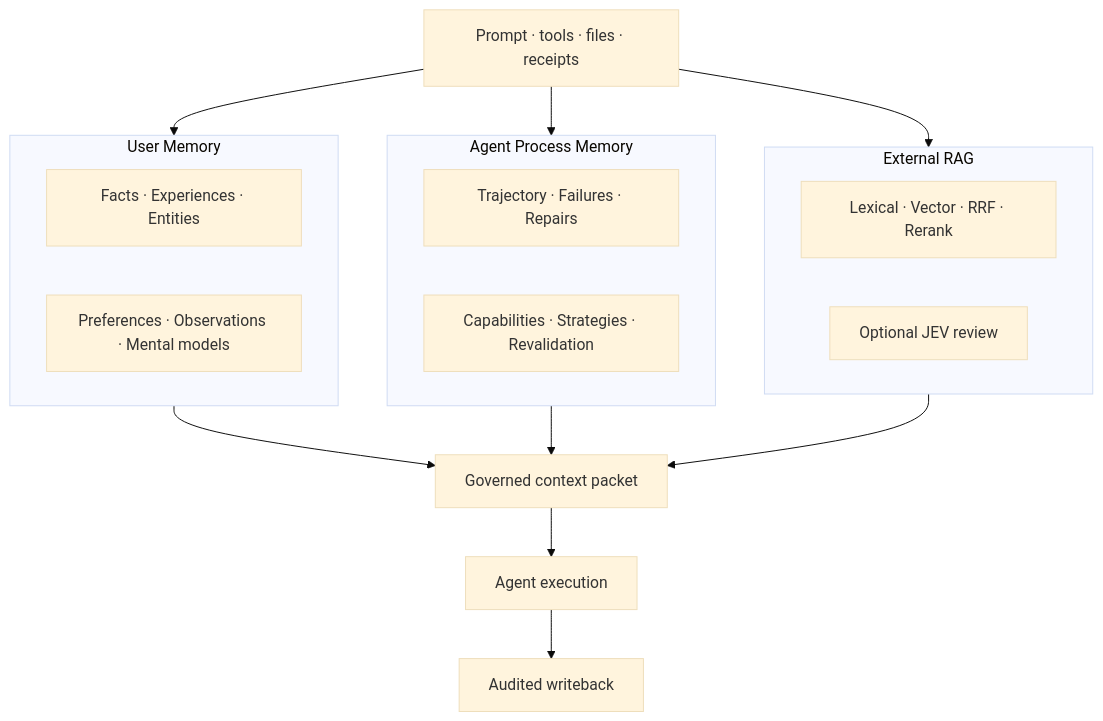
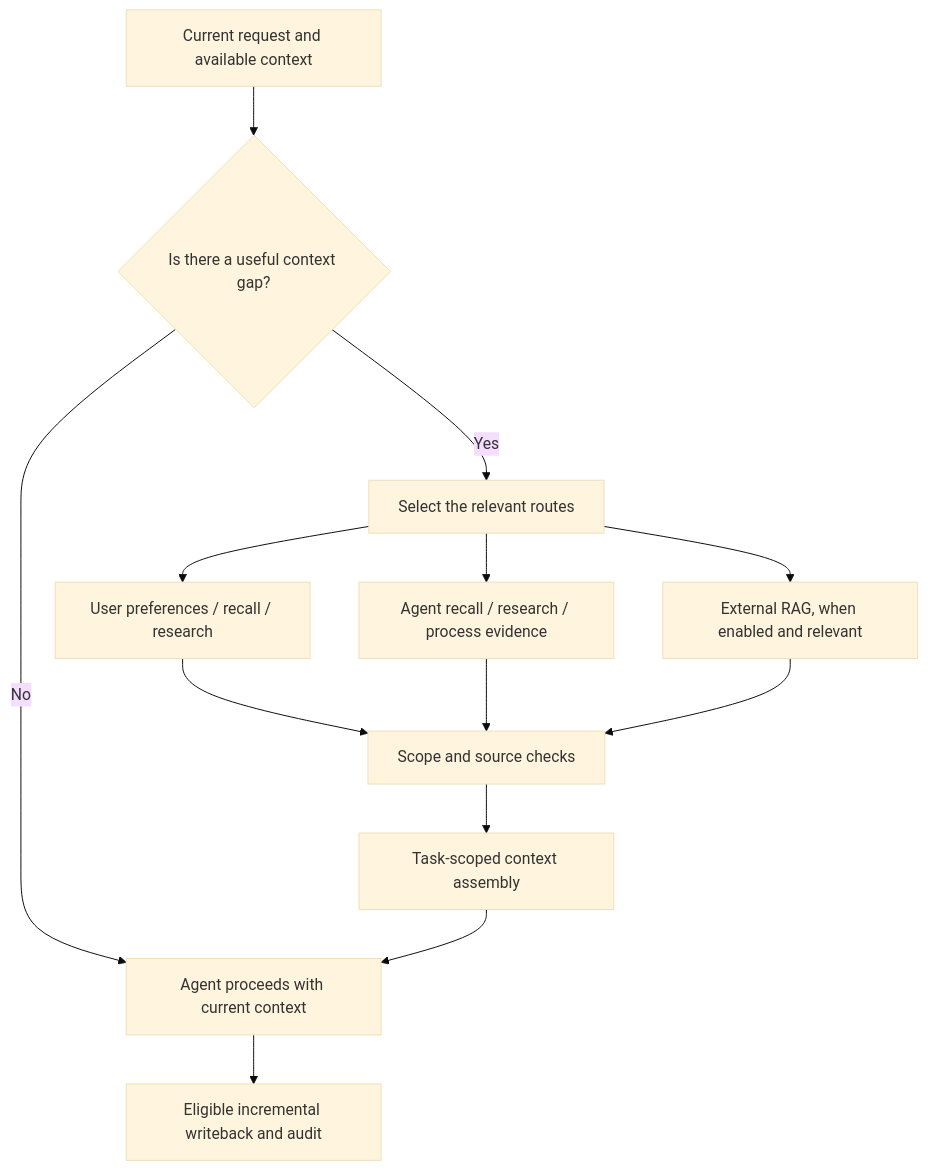
The diagram in README.md (94Hao94/evolving-profile), drawn with Mermaid (base theme) before and after one commit. The commit also changed other lines of this file and 295 other files, not shown here.

````diff
--- a/README.md
+++ b/README.md
@@ -71,23 +84,15 @@
 ```mermaid
 flowchart TB
-    S[Prompt · tools · files · receipts] --> U
-    S --> A
-    S --> R
-    subgraph U[User Memory]
-      U1[Facts · Experiences · Entities]
-      U2[Preferences · Observations · Mental models]
-    end
-    subgraph A[Agent Process Memory]
-      A1[Trajectory · Failures · Repairs]
-      A2[Capabilities · Strategies · Revalidation]
-    end
-    subgraph R[External RAG]
-      R1[Lexical · Vector · RRF · Rerank]
-      R2[Optional JEV review]
-    end
-    U --> P[Governed context packet]
-    A --> P
-    R --> P
-    P --> X[Agent execution]
-    X --> W[Audited writeback]
+    Q[Current request and available context] --> D{Is there a useful context gap?}
+    D -->|No| X[Agent proceeds with current context]
+    D -->|Yes| R[Select the relevant routes]
+    R --> U[User preferences / recall / research]
+    R --> A[Agent recall / research / process evidence]
+    R --> E[External RAG, when enabled and relevant]
+    U --> C[Scope and source checks]
+    A --> C
+    E --> C
+    C --> P[Task-scoped context assembly]
+    P --> X
+    X --> W[Eligible incremental writeback and audit]
 ```
````
